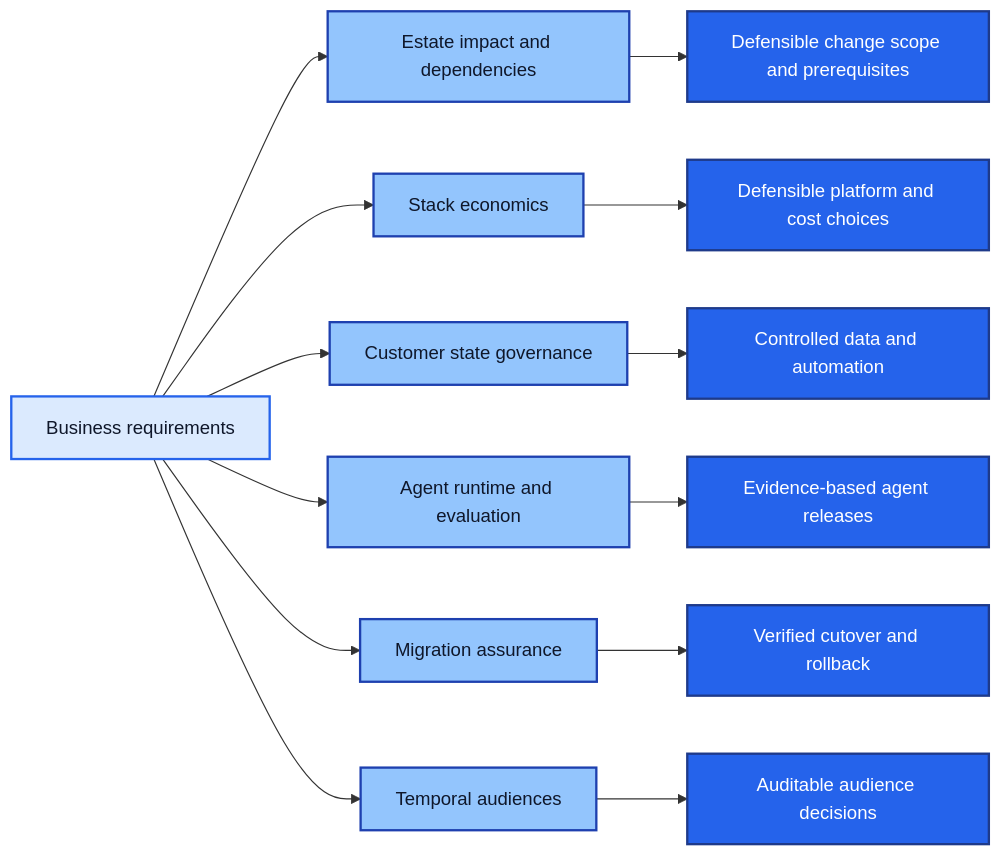
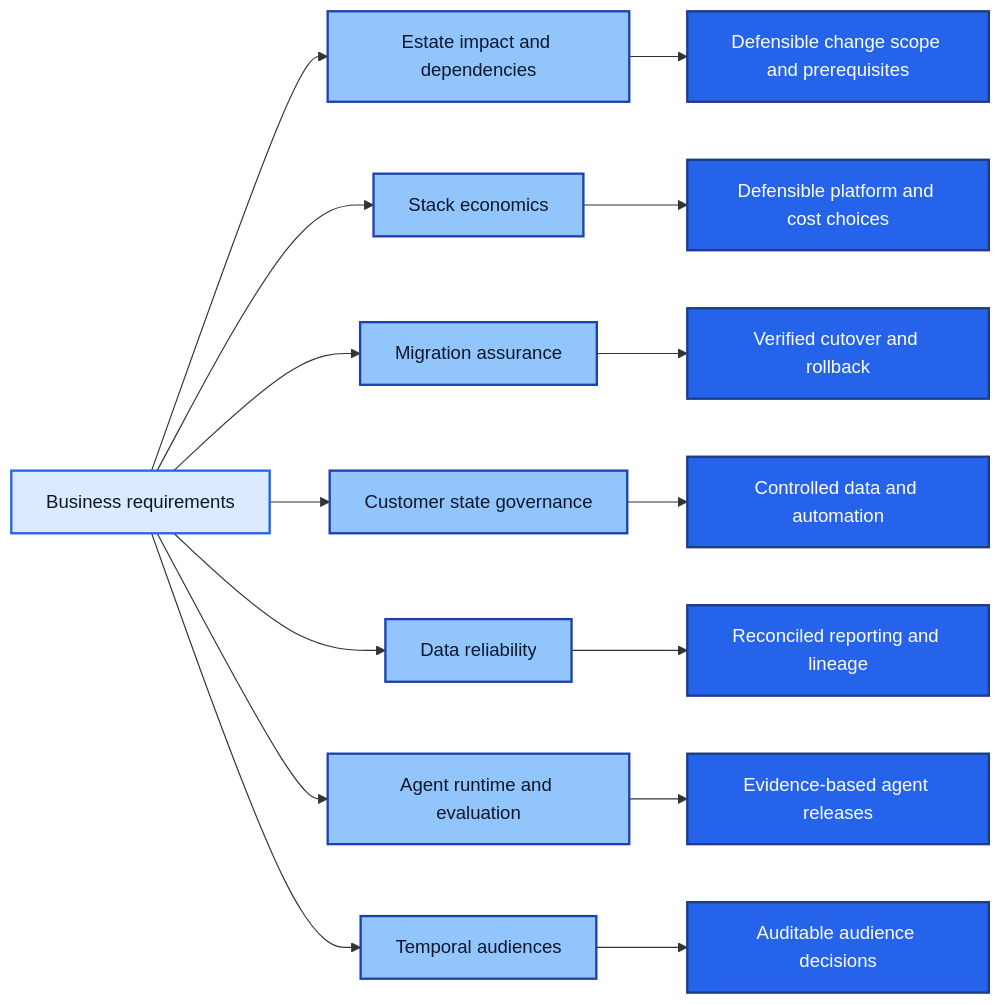
One commit to rlbsem/rlbsem changed the diagram in README.md. Above: the diagram before and after it, drawn with Mermaid. The commit also changed other lines of this file, not shown here.

Commit message:
Add MarTech Data Reliability to portfolio

````diff
--- a/README.md
+++ b/README.md
@@ -26,23 +27,26 @@
 ```mermaid
 flowchart LR
     A[Business requirements] --> L[Estate impact and dependencies]
     A --> B[Stack economics]
+    A --> E[Migration assurance]
     A --> C[Customer state governance]
+    A --> R[Data reliability]
     A --> D[Agent runtime and evaluation]
-    A --> E[Migration assurance]
     A --> F[Temporal audiences]
+
     L --> M[Defensible change scope and prerequisites]
     B --> G[Defensible platform and cost choices]
+    E --> J[Verified cutover and rollback]
     C --> H[Controlled data and automation]
+    R --> N[Reconciled reporting and lineage]
     D --> I[Evidence-based agent releases]
-    E --> J[Verified cutover and rollback]
     F --> K[Auditable audience decisions]
 
     classDef source fill:#dbeafe,stroke:#2563eb,color:#0f172a,stroke-width:2px;
     classDef capability fill:#93c5fd,stroke:#1e40af,color:#0f172a,stroke-width:2px;
     classDef output fill:#2563eb,stroke:#1e3a8a,color:#ffffff,stroke-width:2px;
 
     class A source;
-    class B,C,D,E,F,L capability;
-    class G,H,I,J,K,M output;
+    class B,C,D,E,F,L,R capability;
+    class G,H,I,J,K,M,N output;
 ```
````
